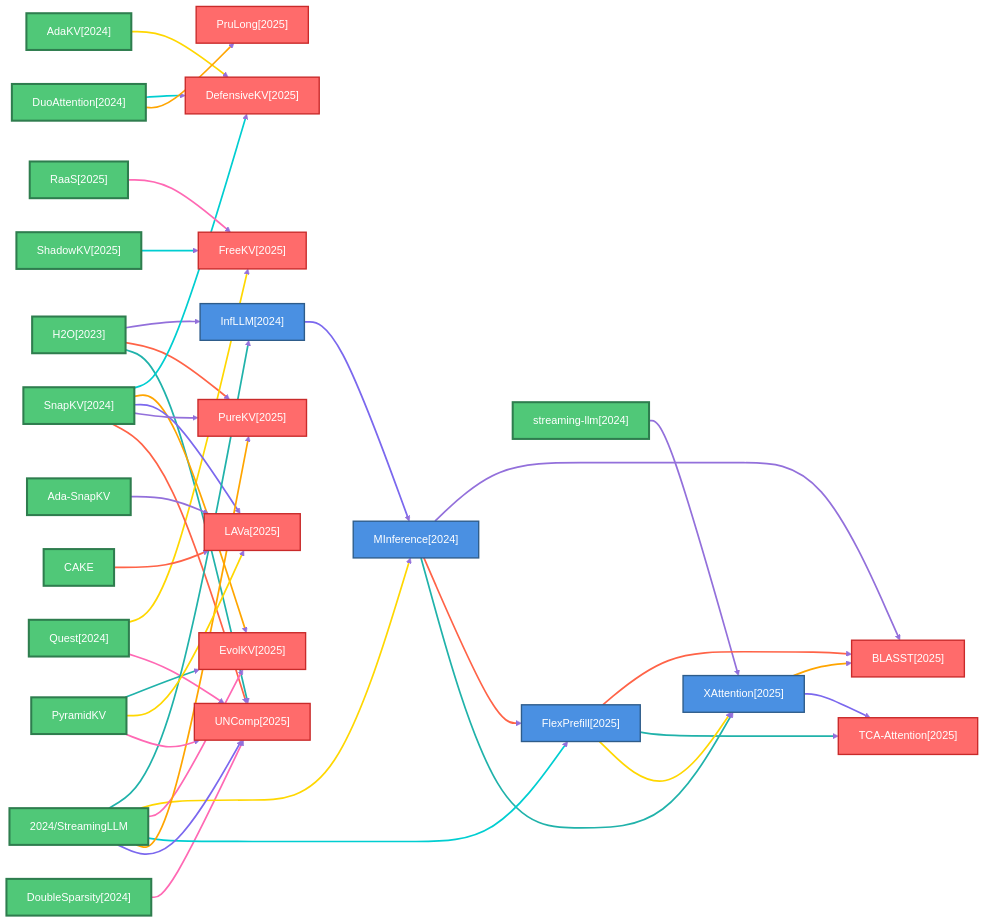
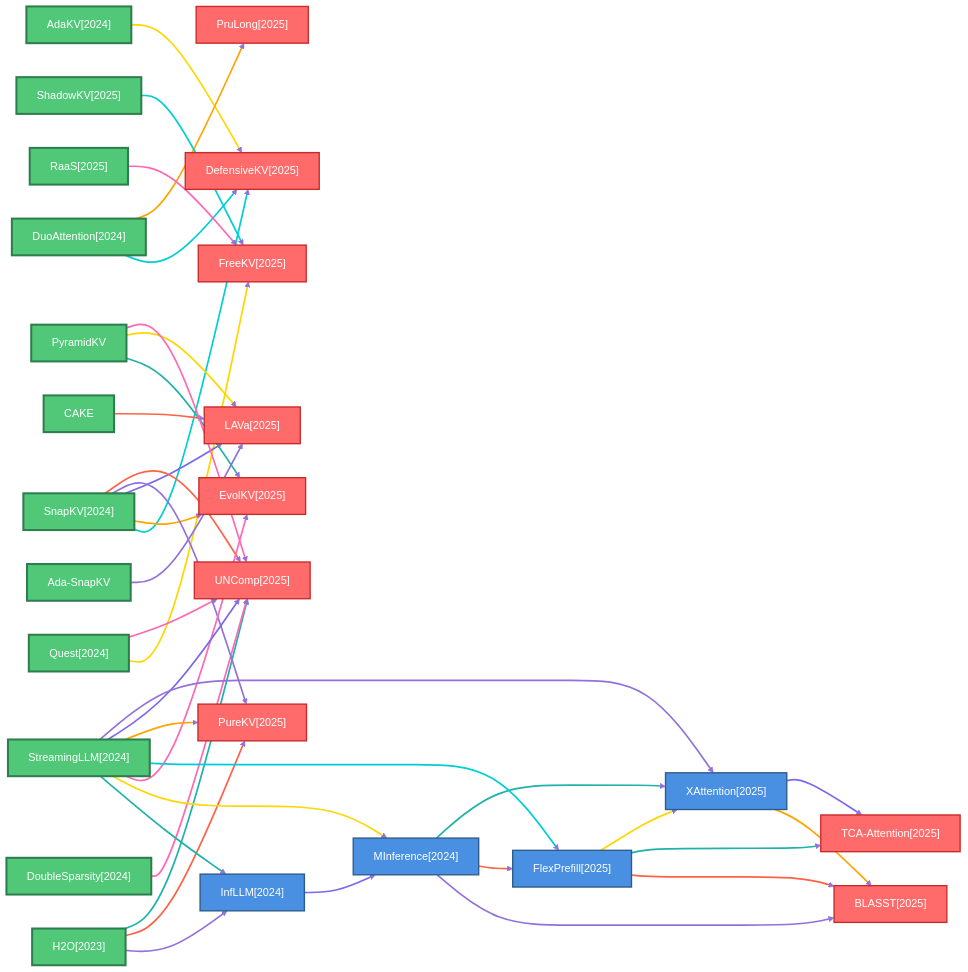
Before and after one commit to hustzxd/EfficientPaper: the first of 6 diagrams in docs/baseline_methods_graph.md, drawn with Mermaid. The commit also changed other lines of this file and 26 other files, not shown here.

```diff
--- a/docs/baseline_methods_graph.md
+++ b/docs/baseline_methods_graph.md
@@ -31,10 +31,8 @@
     class 2024_Quest rootNode
     2024_SnapKV["SnapKV[2024]"]
     class 2024_SnapKV rootNode
-    2024_StreamingLLM["2024/StreamingLLM"]
+    2024_StreamingLLM["StreamingLLM[2024]"]
     class 2024_StreamingLLM rootNode
-    2024_streaming_llm["streaming-llm[2024]"]
-    class 2024_streaming_llm rootNode
     2025_BLASST["BLASST[2025]"]
     class 2025_BLASST leafNode
     2025_DefensiveKV["DefensiveKV[2025]"]
@@ -116,7 +114,7 @@
     linkStyle 22 stroke:#FFA500,stroke-width:2.5px
     2024_StreamingLLM ==>|" "| 2025_UNComp
     linkStyle 23 stroke:#7B68EE,stroke-width:2.5px
-    2024_streaming_llm ==>|" "| 2025_XAttention
+    2024_StreamingLLM ==>|" "| 2025_XAttention
     linkStyle 24 stroke:#9370DB,stroke-width:2.5px
     2025_FlexPrefill ==>|" "| 2025_BLASST
     linkStyle 25 stroke:#FF6347,stroke-width:2.5px
```
